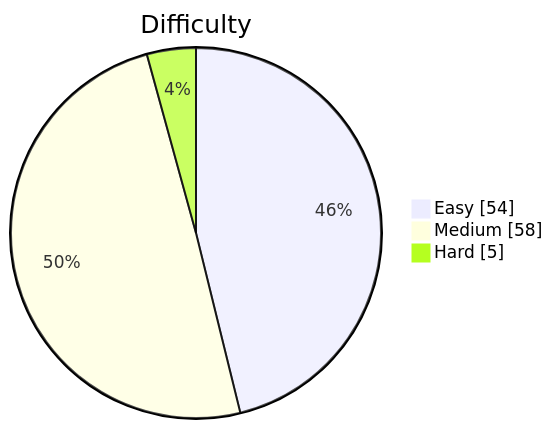
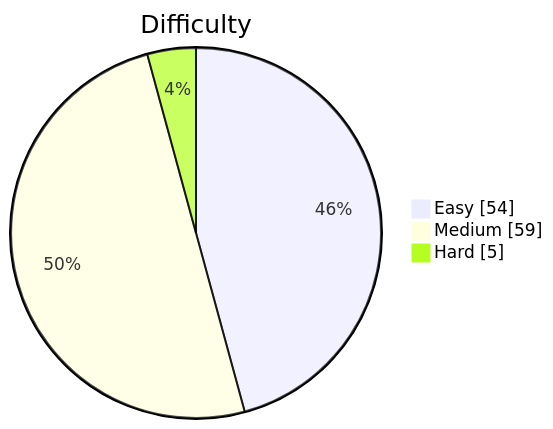
One commit to kevstevie/python-algo-practice changed the diagram in README.md. Above: the diagram before and after it, drawn with Mermaid. The commit also changed other lines of this file, not shown here.

````diff
--- a/README.md
+++ b/README.md
@@ -13,7 +13,7 @@
 ```mermaid
 pie showData
     title Difficulty
     "Easy"   : 54
-    "Medium" : 58
+    "Medium" : 59
     "Hard"   : 5
 ```
````
